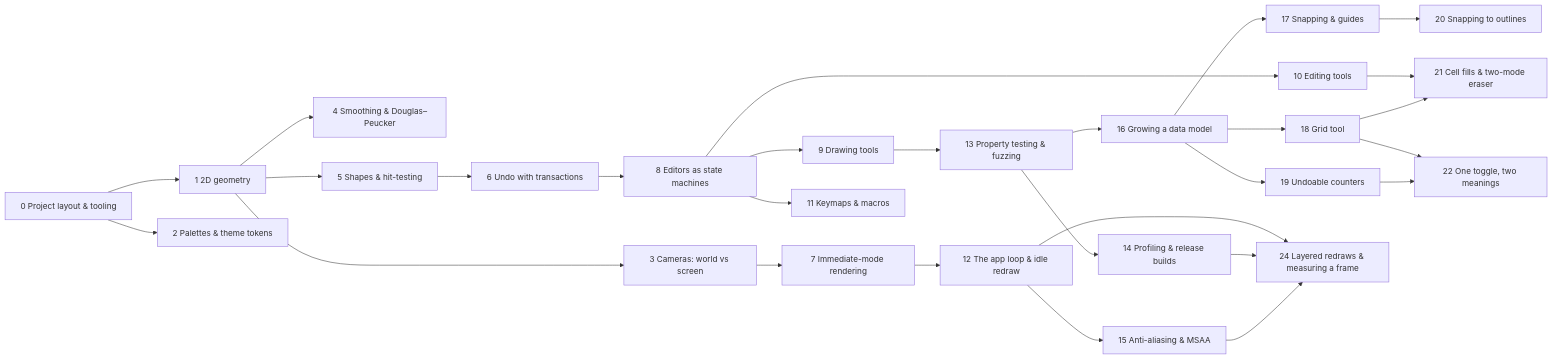
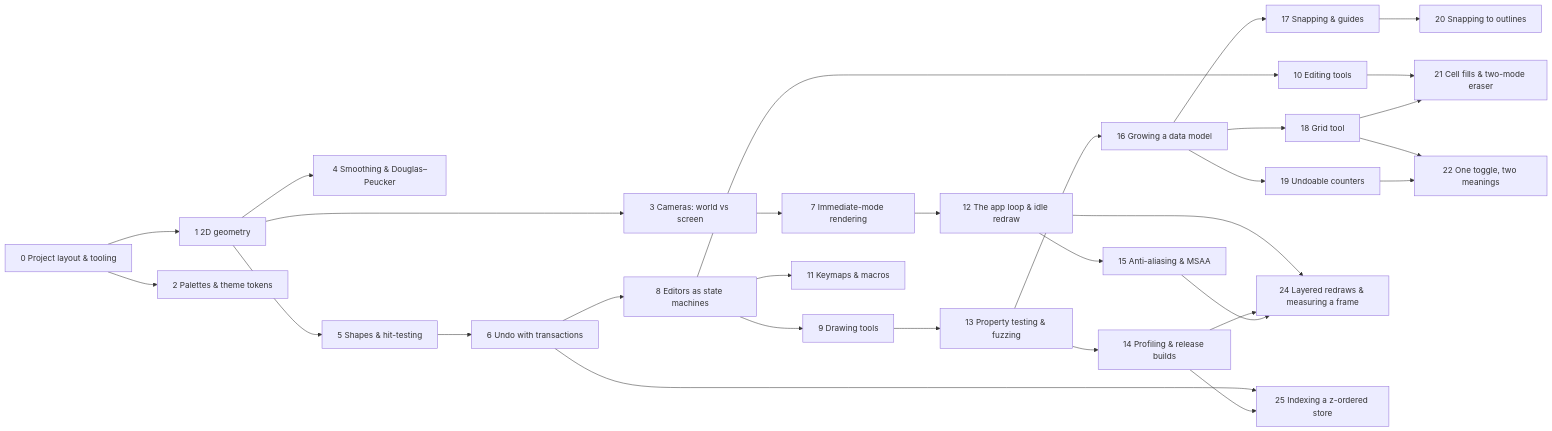
One commit to UmBender/draw changed the diagram in docs/tutorials/Learning Path.md. Above: the diagram before and after it, drawn with Mermaid. The commit also changed other lines of this file and 3 other files, not shown here.

````diff
--- a/docs/tutorials/Learning Path.md
+++ b/docs/tutorials/Learning Path.md
@@ -11,30 +11,32 @@
 ```mermaid
 flowchart LR
   s0[0 Project layout & tooling] --> s1[1 2D geometry]
   s0 --> s2[2 Palettes & theme tokens]
   s1 --> s3[3 Cameras: world vs screen]
   s1 --> s4[4 Smoothing & Douglas–Peucker]
   s1 --> s5[5 Shapes & hit-testing]
   s5 --> s6[6 Undo with transactions]
   s3 --> s7[7 Immediate-mode rendering]
   s6 --> s8[8 Editors as state machines]
   s8 --> s9[9 Drawing tools]
   s8 --> s10[10 Editing tools]
   s8 --> s11[11 Keymaps & macros]
   s7 --> s12[12 The app loop & idle redraw]
   s9 --> s13[13 Property testing & fuzzing]
   s13 --> s14[14 Profiling & release builds]
   s12 --> s15[15 Anti-aliasing & MSAA]
   s13 --> s16[16 Growing a data model]
   s16 --> s17[17 Snapping & guides]
   s16 --> s18[18 Grid tool]
   s16 --> s19[19 Undoable counters]
   s17 --> s20[20 Snapping to outlines]
   s10 --> s21[21 Cell fills & two-mode eraser]
   s18 --> s21
   s18 --> s22[22 One toggle, two meanings]
   s19 --> s22
   s12 --> s24[24 Layered redraws & measuring a frame]
   s14 --> s24
   s15 --> s24
+  s6 --> s25[25 Indexing a z-ordered store]
+  s14 --> s25
 ```
````
